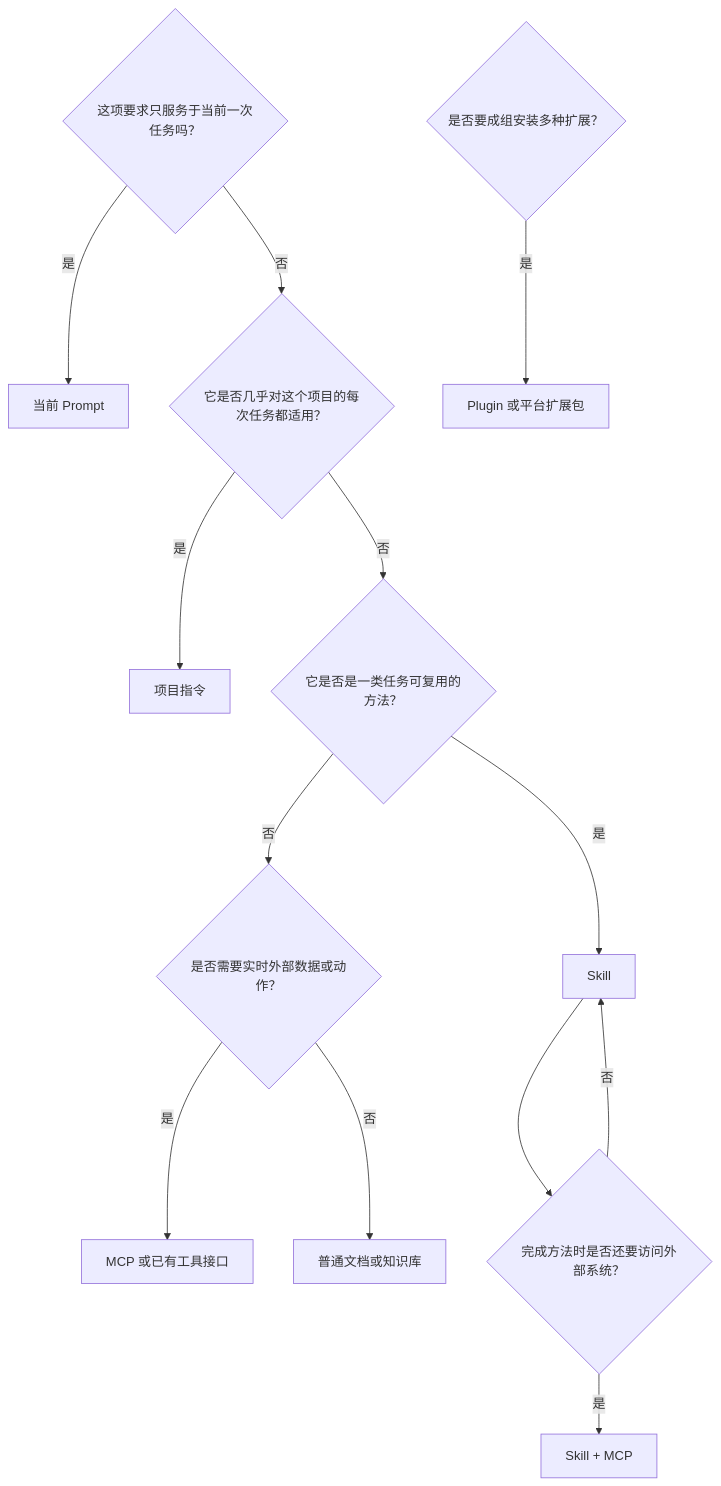
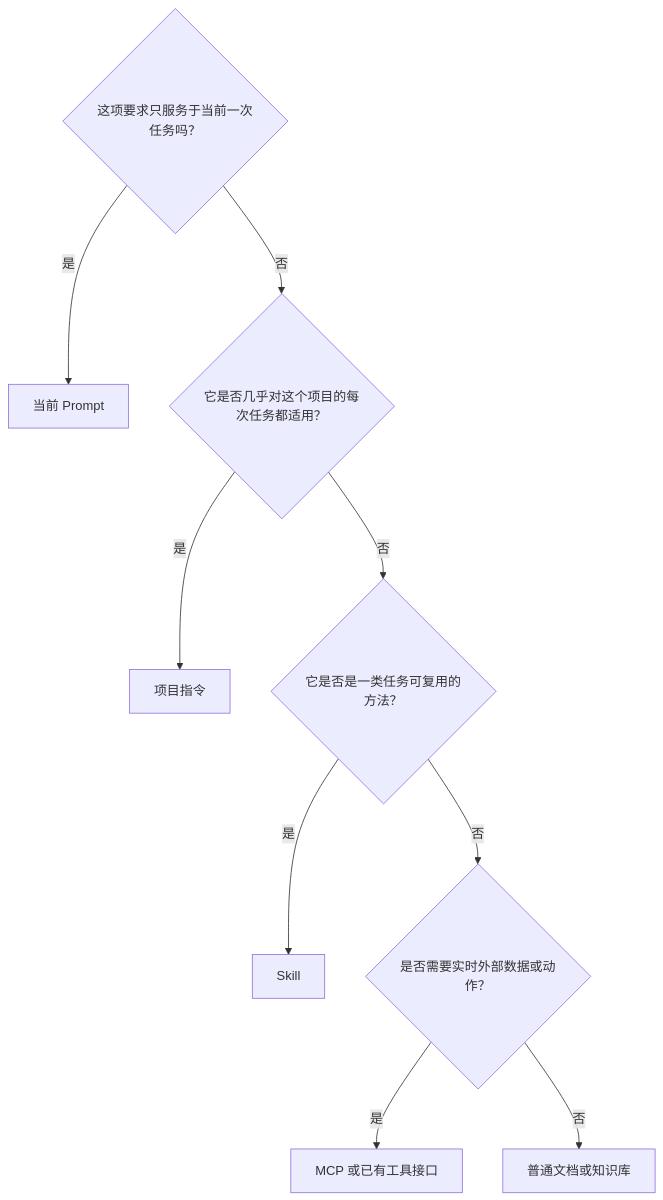
Before and after one commit to FoLaJJ/agent-systems-notes: the ninth of 11 diagrams in docs/03-foundations.md, drawn with Mermaid. The commit also changed other lines of this file and 11 other files, not shown here.

Commit message:
Improve Mermaid diagram readability

````diff
--- a/docs/03-foundations.md
+++ b/docs/03-foundations.md
@@ -299,16 +315,12 @@
 ```mermaid
 flowchart TD
     A{"这项要求只服务于当前一次任务吗？"}
     A -->|是| P["当前 Prompt"]
     A -->|否| B{"它是否几乎对这个项目的每次任务都适用？"}
     B -->|是| I["项目指令"]
     B -->|否| C{"它是否是一类任务可复用的方法？"}
     C -->|是| S["Skill"]
     C -->|否| D{"是否需要实时外部数据或动作？"}
     D -->|是| M["MCP 或已有工具接口"]
     D -->|否| R["普通文档或知识库"]
-    S --> E{"完成方法时是否还要访问外部系统？"}
-    E -->|是| SM["Skill + MCP"]
-    E -->|否| S
-    F{"是否要成组安装多种扩展？"} -->|是| G["Plugin 或平台扩展包"]
 ```
````
